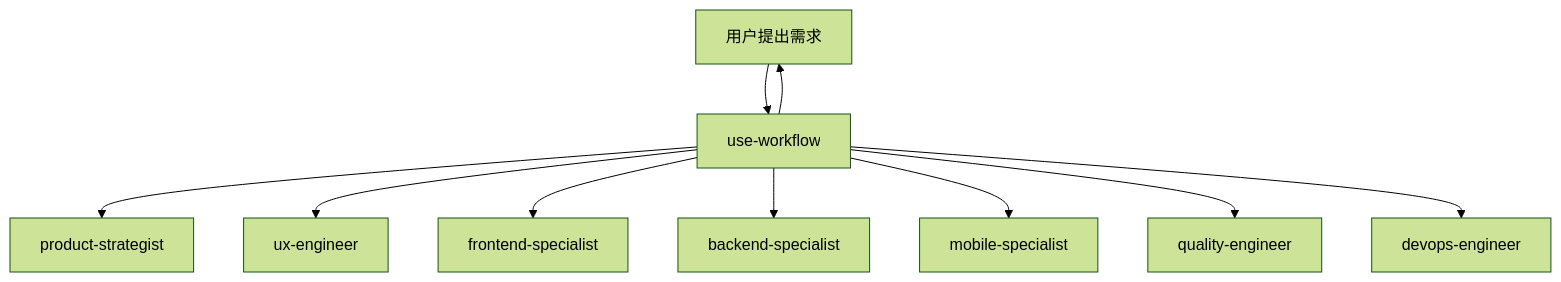
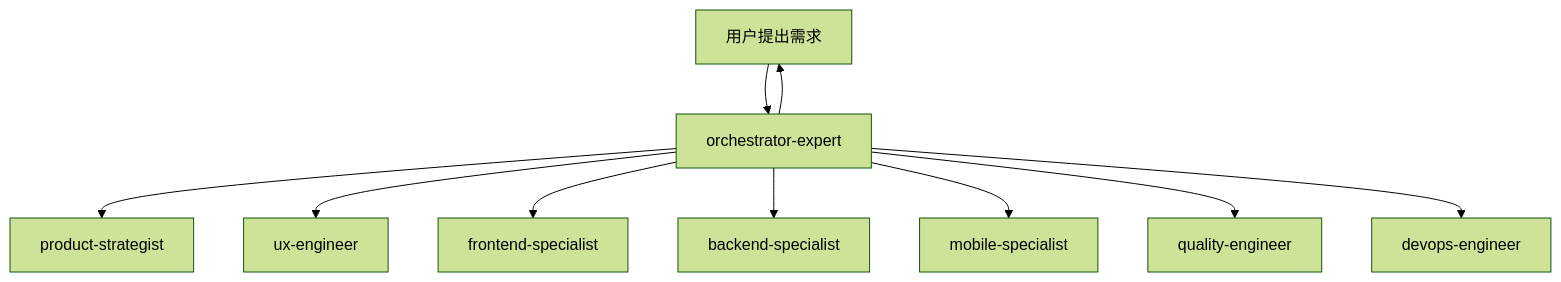
The diagram in README.md (Tooooommy/Trae-Workflow), drawn with Mermaid (forest theme) before and after one commit. The commit also changed other lines of this file and 1 other file, not shown here.

Commit message:
refactor: rename use-workflow to orchestrator-expert
- Renamed use-workflow  orchestrator-expert (协调中枢专家)
- Updated description to emphasize coordination hub role
- Updated README with new naming and structure
- orchestrator-expert is now the central coordination hub for the AI expert team

````diff
--- a/README.md
+++ b/README.md
@@ -34,12 +34,12 @@
 ```mermaid
 flowchart TD
-    User[用户提出需求] --> Workflow[use-workflow]
-    Workflow --> Product[product-strategist]
-    Workflow --> Design[ux-engineer]
-    Workflow --> Frontend[frontend-specialist]
-    Workflow --> Backend[backend-specialist]
-    Workflow --> Mobile[mobile-specialist]
-    Workflow --> QA[quality-engineer]
-    Workflow --> Ops[devops-engineer]
-    Workflow --> User
+    User[用户提出需求] --> Orchestrator[orchestrator-expert]
+    Orchestrator --> Product[product-strategist]
+    Orchestrator --> Design[ux-engineer]
+    Orchestrator --> Frontend[frontend-specialist]
+    Orchestrator --> Backend[backend-specialist]
+    Orchestrator --> Mobile[mobile-specialist]
+    Orchestrator --> QA[quality-engineer]
+    Orchestrator --> Ops[devops-engineer]
+    Orchestrator --> User
 ```
````
